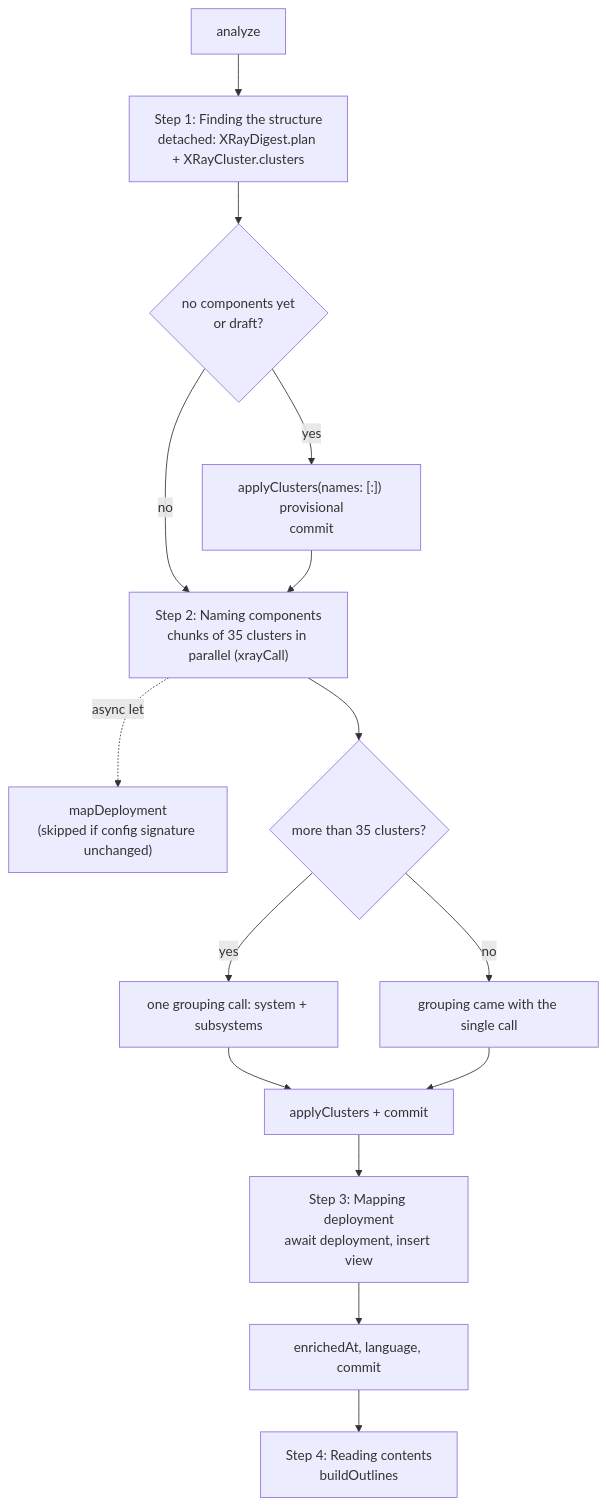
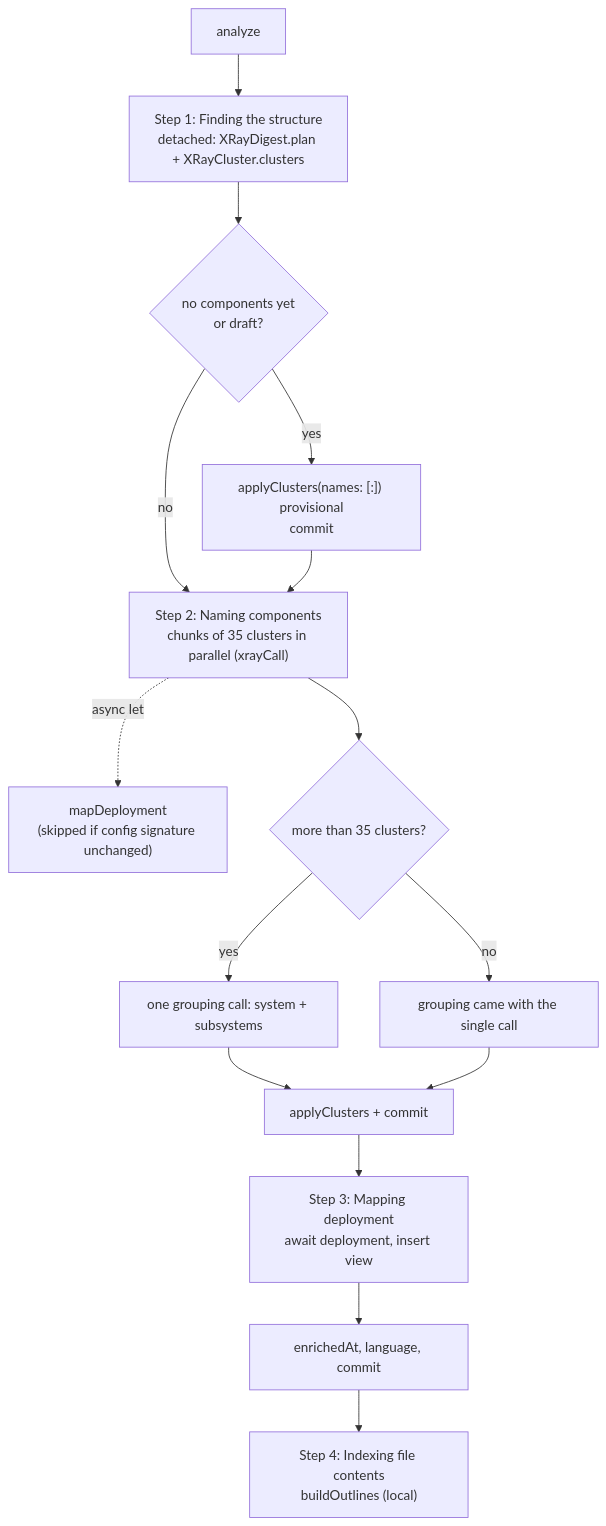
One commit to t-boris/MarkView changed the second of 3 diagrams in docs/architecture/modules/architecture-and-xray.md. Above: the diagram before and after it, drawn with Mermaid. The commit also changed other lines of this file and 9 other files, not shown here.

````diff
--- a/docs/architecture/modules/architecture-and-xray.md
+++ b/docs/architecture/modules/architecture-and-xray.md
@@ -373,17 +373,17 @@
 ```mermaid
 flowchart TD
     A[analyze] --> B["Step 1: Finding the structure<br/>detached: XRayDigest.plan + XRayCluster.clusters"]
     B --> C{no components yet<br/>or draft?}
     C -- yes --> D["applyClusters(names: [:]) provisional<br/>commit"]
     C -- no --> E
     D --> E["Step 2: Naming components<br/>chunks of 35 clusters in parallel (xrayCall)"]
     E -. async let .-> F["mapDeployment<br/>(skipped if config signature unchanged)"]
     E --> G{more than 35 clusters?}
     G -- yes --> H[one grouping call: system + subsystems]
     G -- no --> I[grouping came with the single call]
     H --> J[applyClusters + commit]
     I --> J
     J --> K["Step 3: Mapping deployment<br/>await deployment, insert view"]
     K --> L[enrichedAt, language, commit]
-    L --> M["Step 4: Reading contents<br/>buildOutlines"]
+    L --> M["Step 4: Indexing file contents<br/>buildOutlines (local)"]
 ```
````
